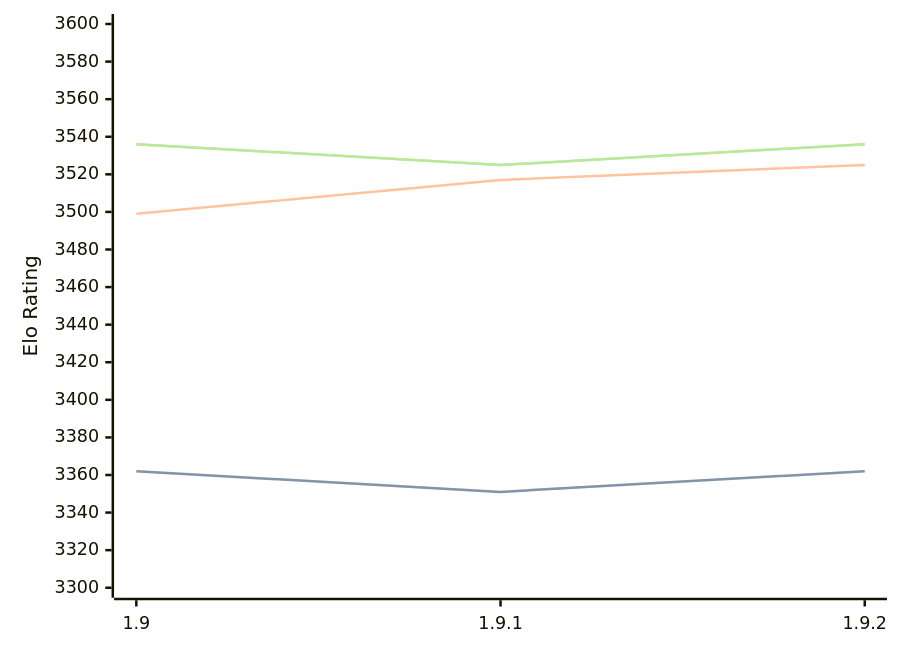
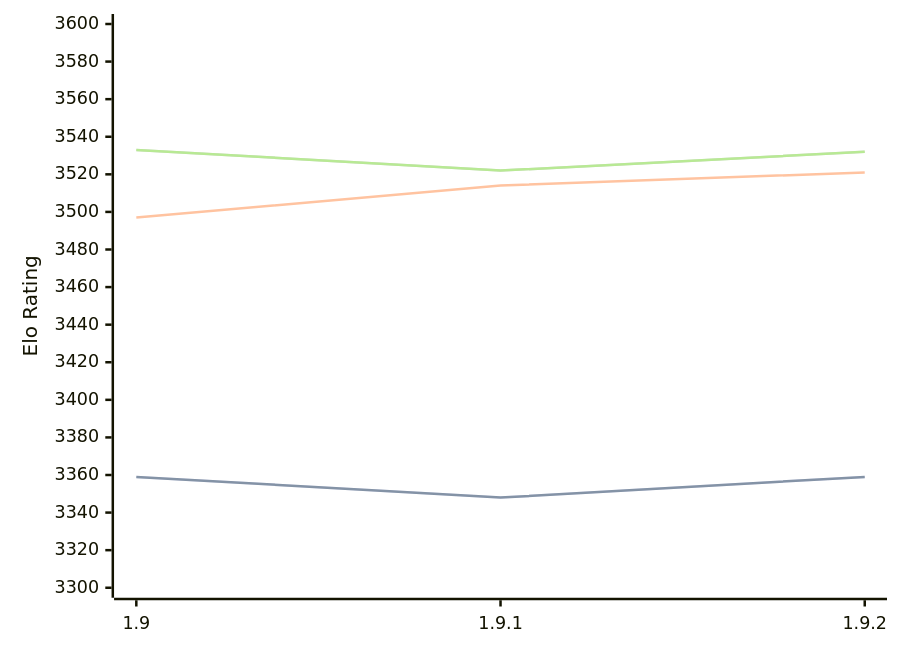
Before and after one commit to computer-chess-index/cci: the diagram in engines/Pawnocchio.md, drawn with Mermaid. The commit also changed other lines of this file, not shown here.

Commit message:
Update CCI Ratings (ELO VLTC) - 2026-06-08

````diff
--- a/engines/Pawnocchio.md
+++ b/engines/Pawnocchio.md
@@ -48,11 +48,11 @@
 ```mermaid
 %%{init: {"theme":"base","themeVariables":{"seriesColors:['#a3a3a3','#222221','#faa371']}}}%%
 xychart-beta
   x-axis ["1.9", "1.9.1", "1.9.2"]
   y-axis "Elo Rating" 3300 --> 3600
-  line "STC (8.0+0.08s)" [3362, 3351, 3362]
-  line "STC (8.0+0.08s)" [3362, 3351, 3362]
-  line "LTC (60.0+0.60s)" [3499, 3517, 3525]
-  line "VLTC (2m24s+1.12s)" [3536, 3525, 3536]
-  line "VLTC (2m24s+1.12s)" [3536, 3525, 3536]
+  line "STC (8.0+0.08s)" [3359, 3348, 3359]
+  line "STC (8.0+0.08s)" [3359, 3348, 3359]
+  line "LTC (60.0+0.60s)" [3497, 3514, 3521]
+  line "VLTC (2m24s+1.12s)" [3533, 3522, 3532]
+  line "VLTC (2m24s+1.12s)" [3533, 3522, 3532]
 ```
````
